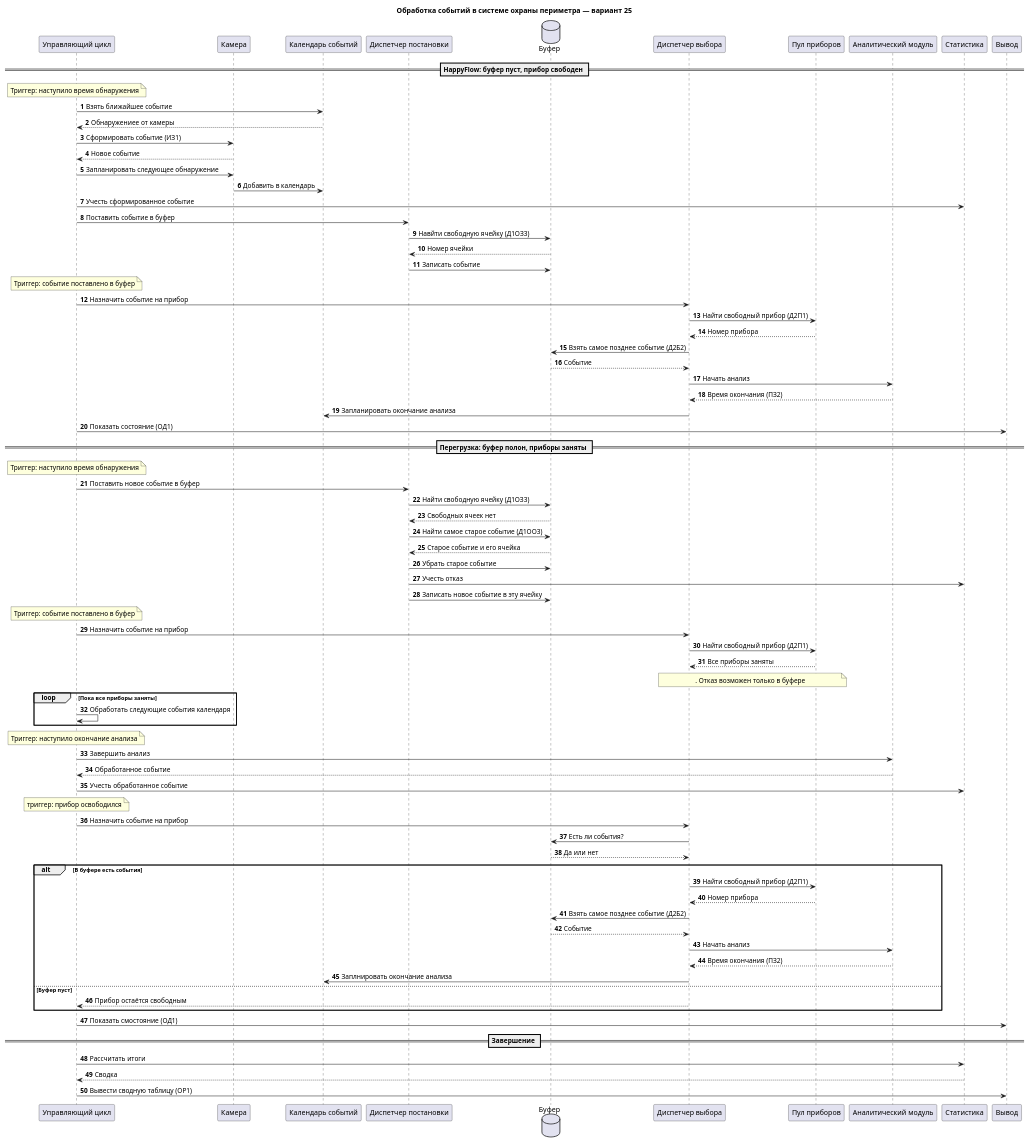
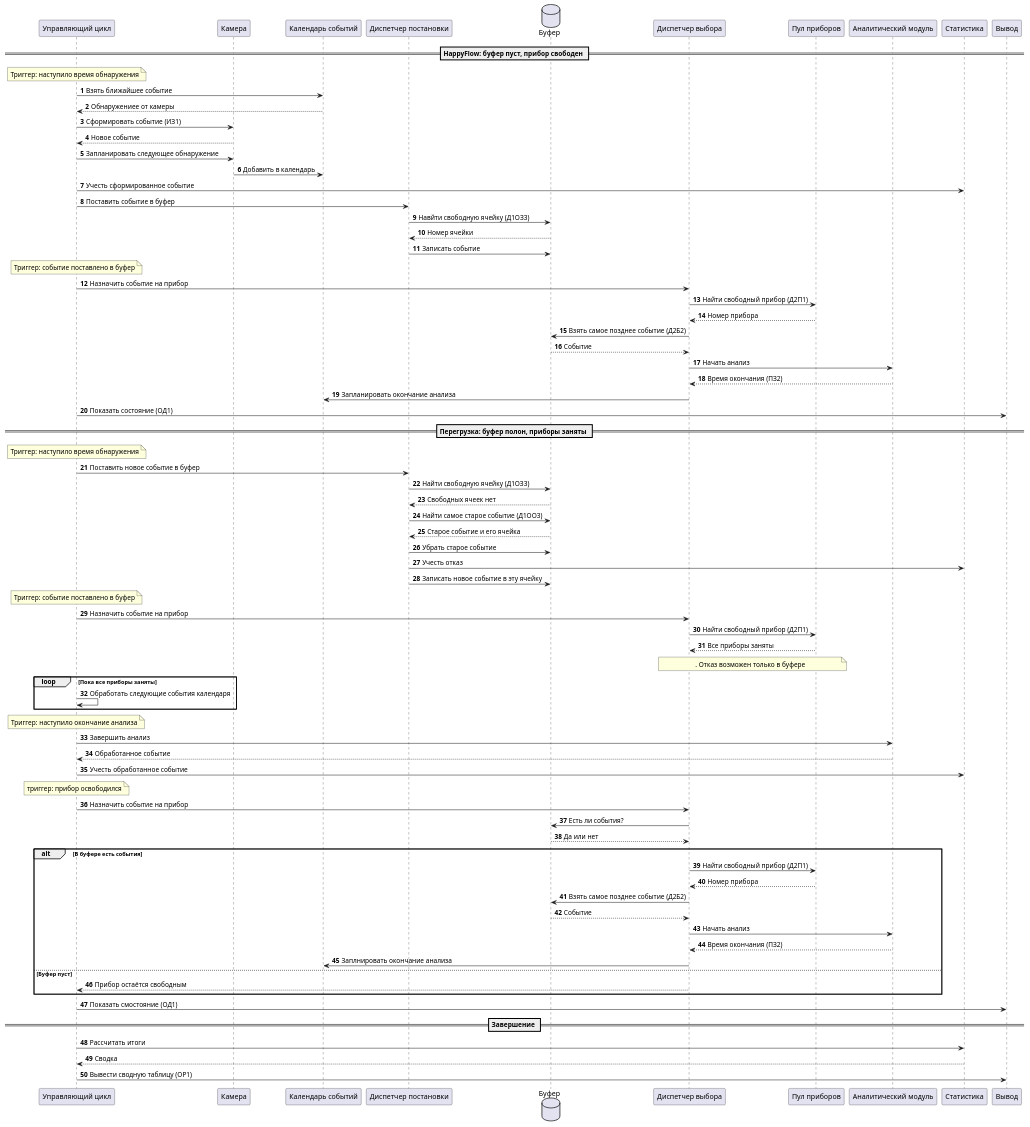
Before and after one commit to Landkreuzer-Ratte/aps: the diagram in diagrams/sequence.puml, drawn with PlantUML.

```diff
--- a/diagrams/sequence.puml
+++ b/diagrams/sequence.puml
@@ -1,99 +1,99 @@
-@startuml perimeter_sequence
-title Обработка событий в системе охраны периметра — вариант 25
+@startuml sequence
+
 autonumber
 
 participant "Управляющий цикл" as Sim
 participant "Камера" as Camera
 participant "Календарь событий" as Calendar
 participant "Диспетчер постановки" as Admission
 database "Буфер" as Buffer
 participant "Диспетчер выбора" as Selection
 participant "Пул приборов" as Pool
 participant "Аналитический модуль" as Module
 participant "Статистика" as Stats
 participant "Вывод" as View
 
 note over Sim, View
 end note
 
 == HappyFlow: буфер пуст, прибор свободен ==
 
 note over Sim: Триггер: наступило время обнаружения
 Sim -> Calendar: Взять ближайшее событие
 Calendar --> Sim: Обнаружениее от камеры
 Sim -> Camera: Сформировать событие (ИЗ1)
 Camera --> Sim: Новое событие
 Sim -> Camera: Запланировать следующее обнаружение
 Camera -> Calendar: Добавить в календарь
 Sim -> Stats: Учесть сформированное событие
 
 Sim -> Admission: Поставить событие в буфер
 Admission -> Buffer: Навйти свободную ячейку (Д1ОЗ3)
 Buffer --> Admission: Номер ячейки
 Admission -> Buffer: Записать событие
 
 note over Sim: Триггер: событие поставлено в буфер
 Sim -> Selection: Назначить событие на прибор
 Selection -> Pool: Найти свободный прибор (Д2П1)
 Pool --> Selection: Номер прибора
 Selection -> Buffer: Взять самое позднее событие (Д2Б2)
 Buffer --> Selection: Событие
 Selection -> Module: Начать анализ
 Module --> Selection: Время окончания (ПЗ2)
 Selection -> Calendar: Запланировать окончание анализа
 Sim -> View: Показать состояние (ОД1)
 
 == Перегрузка: буфер полон, приборы заняты ==
 
 note over Sim: Триггер: наступило время обнаружения
 Sim -> Admission: Поставить новое событие в буфер
 Admission -> Buffer: Найти свободную ячейку (Д1ОЗ3)
 Buffer --> Admission: Свободных ячеек нет
 Admission -> Buffer: Найти самое старое событие (Д1ОО3)
 Buffer --> Admission: Старое событие и его ячейка
 Admission -> Buffer: Убрать старое событие
 Admission -> Stats: Учесть отказ
 Admission -> Buffer: Записать новое событие в эту ячейку
 
 note over Sim: Триггер: событие поставлено в буфер
 Sim -> Selection: Назначить событие на прибор
 Selection -> Pool: Найти свободный прибор (Д2П1)
 Pool --> Selection: Все приборы заняты
 note over Selection, Pool: . Отказ возможен только в буфере
 
 loop Пока все приборы заняты
     Sim -> Sim: Обработать следующие события календаря
 end
 
 
 
 note over Sim: Триггер: наступило окончание анализа
 Sim -> Module: Завершить анализ
 Module --> Sim: Обработанное событие
 Sim -> Stats: Учесть обработанное событие
 
 note over Sim: триггер: прибор освободился
 Sim -> Selection: Назначить событие на прибор
 Selection -> Buffer: Есть ли события?
 Buffer --> Selection: Да или нет
 
 alt В буфере есть события
     Selection -> Pool: Найти свободный прибор (Д2П1)
     Pool --> Selection: Номер прибора
     Selection -> Buffer: Взять самое позднее событие (Д2Б2)
     Buffer --> Selection: Событие
     Selection -> Module: Начать анализ
     Module --> Selection: Время окончания (ПЗ2)
     Selection -> Calendar: Заплнировать окончание анализа
 else Буфер пуст
     Selection --> Sim: Прибор остаётся свободным
 end
 Sim -> View: Показать смостояние (ОД1)
 
 == Завершение ==
 
 Sim -> Stats: Рассчитать итоги
 Stats --> Sim: Сводка
 Sim -> View: Вывести сводную таблицу (ОР1)
 
 @enduml
```
